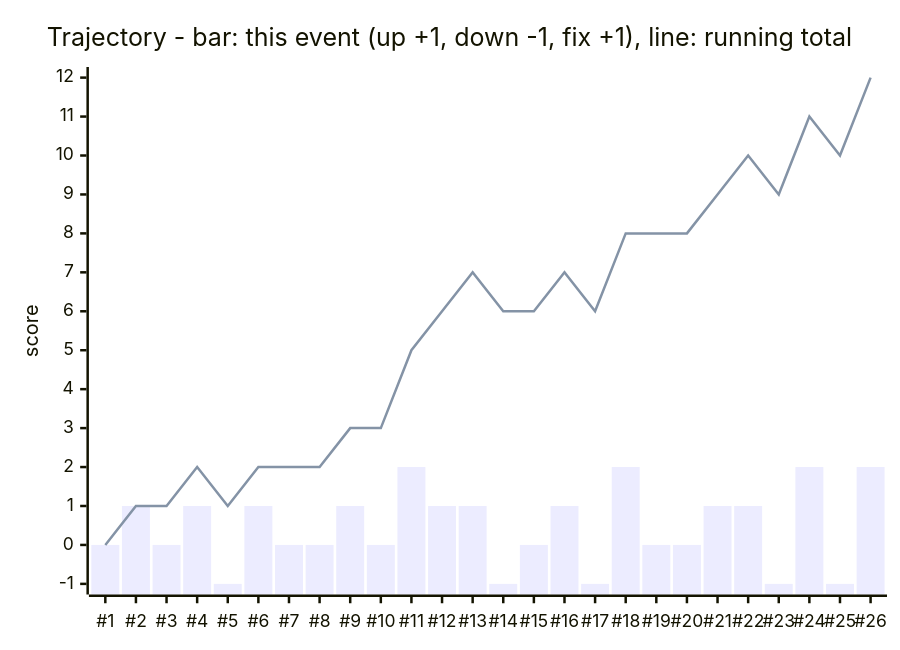
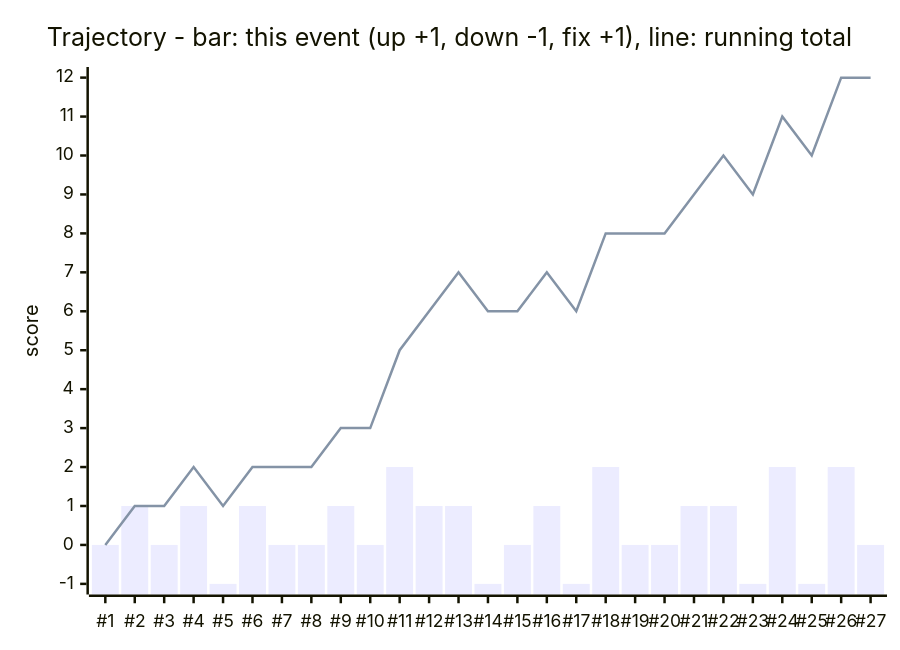
Before and after one commit to mahdighandi1989/Lifemanager: the fourth of 5 diagrams in apps/learning-architecture/docs/HANDBOOK.md, drawn with Mermaid. The commit also changed other lines of this file and 12 other files, not shown here.

````diff
--- a/apps/learning-architecture/docs/HANDBOOK.md
+++ b/apps/learning-architecture/docs/HANDBOOK.md
@@ -329,8 +330,8 @@
 ```mermaid
 xychart-beta
     title "Trajectory - bar: this event (up +1, down -1, fix +1), line: running total"
-    x-axis ["#1", "#2", "#3", "#4", "#5", "#6", "#7", "#8", "#9", "#10", "#11", "#12", "#13", "#14", "#15", "#16", "#17", "#18", "#19", "#20", "#21", "#22", "#23", "#24", "#25", "#26"]
+    x-axis ["#1", "#2", "#3", "#4", "#5", "#6", "#7", "#8", "#9", "#10", "#11", "#12", "#13", "#14", "#15", "#16", "#17", "#18", "#19", "#20", "#21", "#22", "#23", "#24", "#25", "#26", "#27"]
     y-axis "score" -1 --> 12
-    bar [0, 1, 0, 1, -1, 1, 0, 0, 1, 0, 2, 1, 1, -1, 0, 1, -1, 2, 0, 0, 1, 1, -1, 2, -1, 2]
-    line [0, 1, 1, 2, 1, 2, 2, 2, 3, 3, 5, 6, 7, 6, 6, 7, 6, 8, 8, 8, 9, 10, 9, 11, 10, 12]
+    bar [0, 1, 0, 1, -1, 1, 0, 0, 1, 0, 2, 1, 1, -1, 0, 1, -1, 2, 0, 0, 1, 1, -1, 2, -1, 2, 0]
+    line [0, 1, 1, 2, 1, 2, 2, 2, 3, 3, 5, 6, 7, 6, 6, 7, 6, 8, 8, 8, 9, 10, 9, 11, 10, 12, 12]
 ```
````
